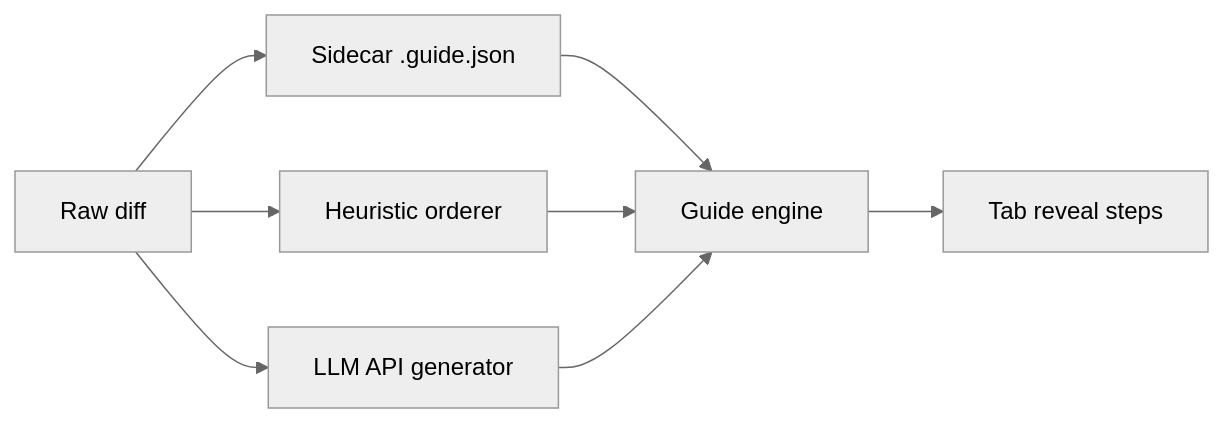
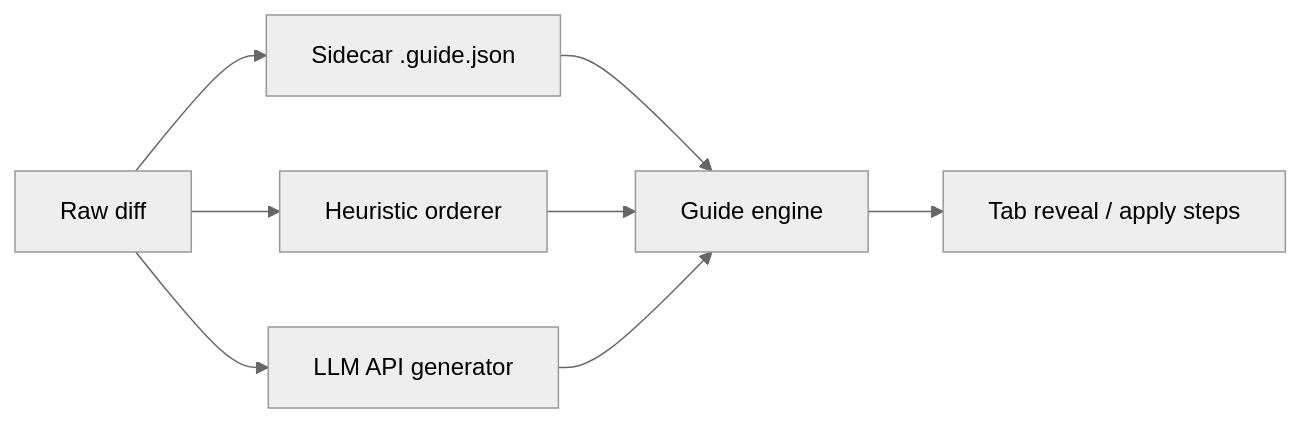
One commit to artalar/review-guider changed the diagram in work-docs/specs/product.md. Above: the diagram before and after it, drawn with Mermaid (neutral theme). The commit also changed other lines of this file and 85 other files, not shown here.

````diff
--- a/work-docs/specs/product.md
+++ b/work-docs/specs/product.md
@@ -129,10 +272,10 @@
 ```mermaid
 flowchart LR
   A[Raw diff] --> H[Heuristic orderer]
   A --> S[Sidecar .guide.json]
   A --> L[LLM API generator]
   S --> E[Guide engine]
   H --> E
   L --> E
-  E --> T[Tab reveal steps]
+  E --> T[Tab reveal / apply steps]
 ```
````
